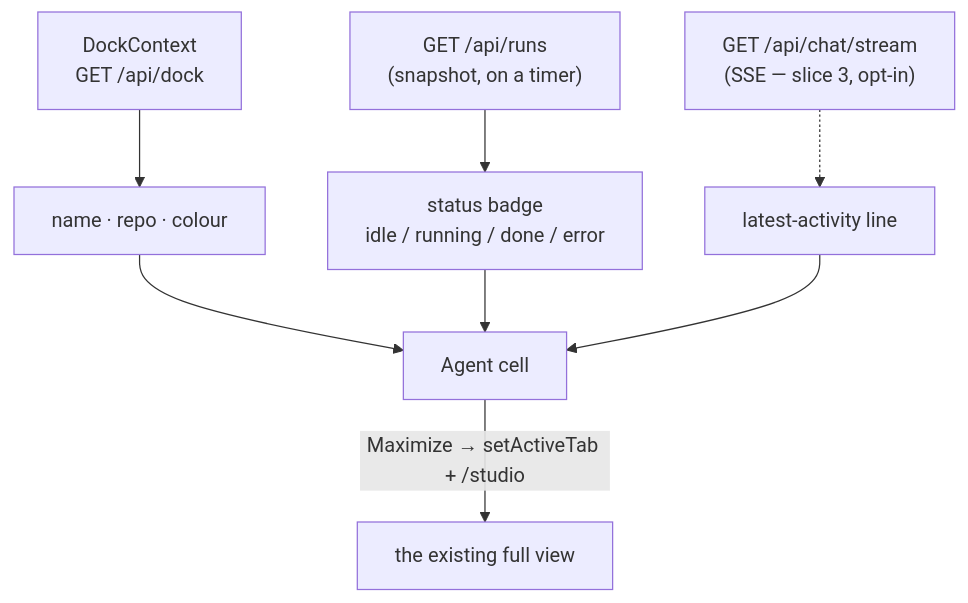
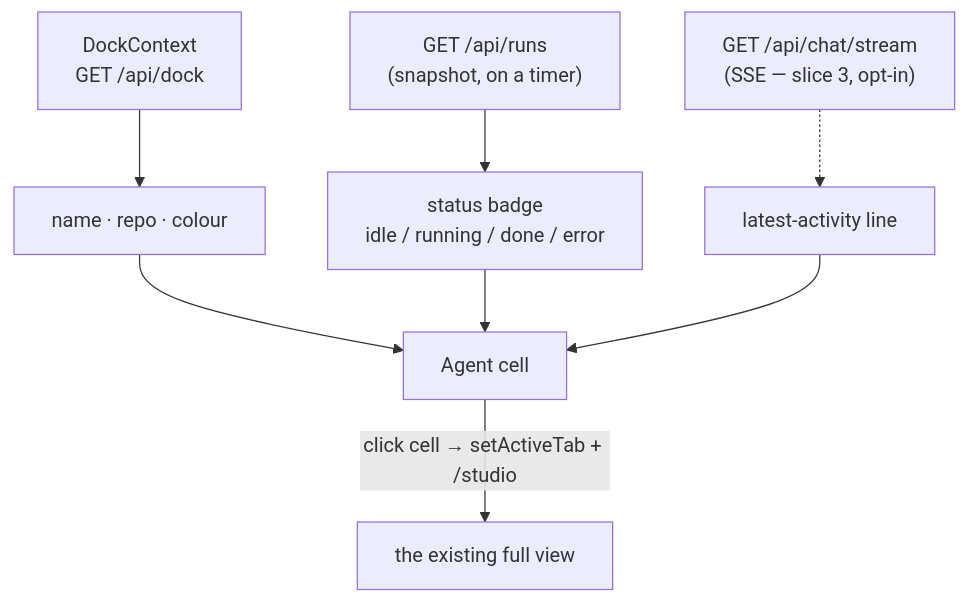
The second of 5 diagrams in understanding.md (mirceta/birocode), drawn with Mermaid before and after one commit. The commit also changed other lines of this file and 2 other files, not shown here.

````diff
--- a/understanding.md
+++ b/understanding.md
@@ -38,10 +42,10 @@
 ```mermaid
 flowchart TD
   Dock["DockContext<br/>GET /api/dock"] --> Name["name · repo · colour"]
   Runs["GET /api/runs<br/>(snapshot, on a timer)"] --> Badge["status badge<br/>idle / running / done / error"]
   Stream["GET /api/chat/stream<br/>(SSE — slice 3, opt-in)"] -.-> Activity["latest-activity line"]
   Name --> Cell["Agent cell"]
   Badge --> Cell
   Activity --> Cell
-  Cell -->|Maximize → setActiveTab + /studio| Studio["the existing full view"]
+  Cell -->|click cell → setActiveTab + /studio| Studio["the existing full view"]
 ```
````
